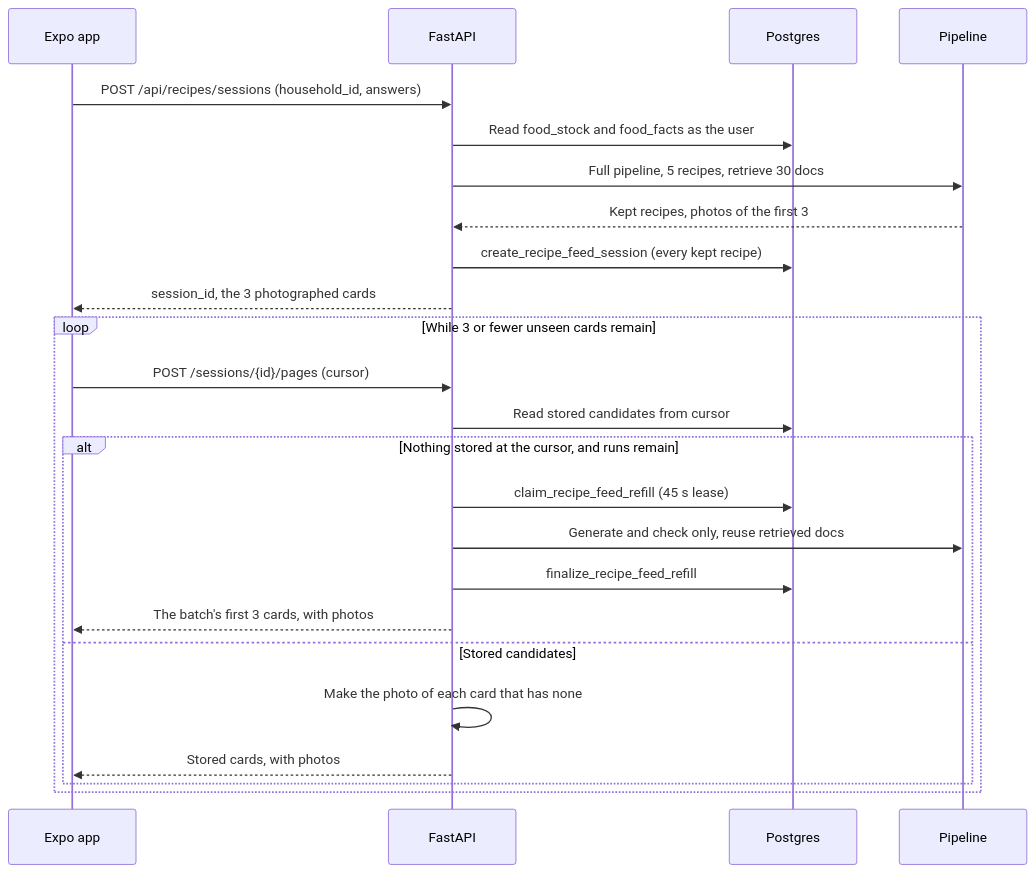
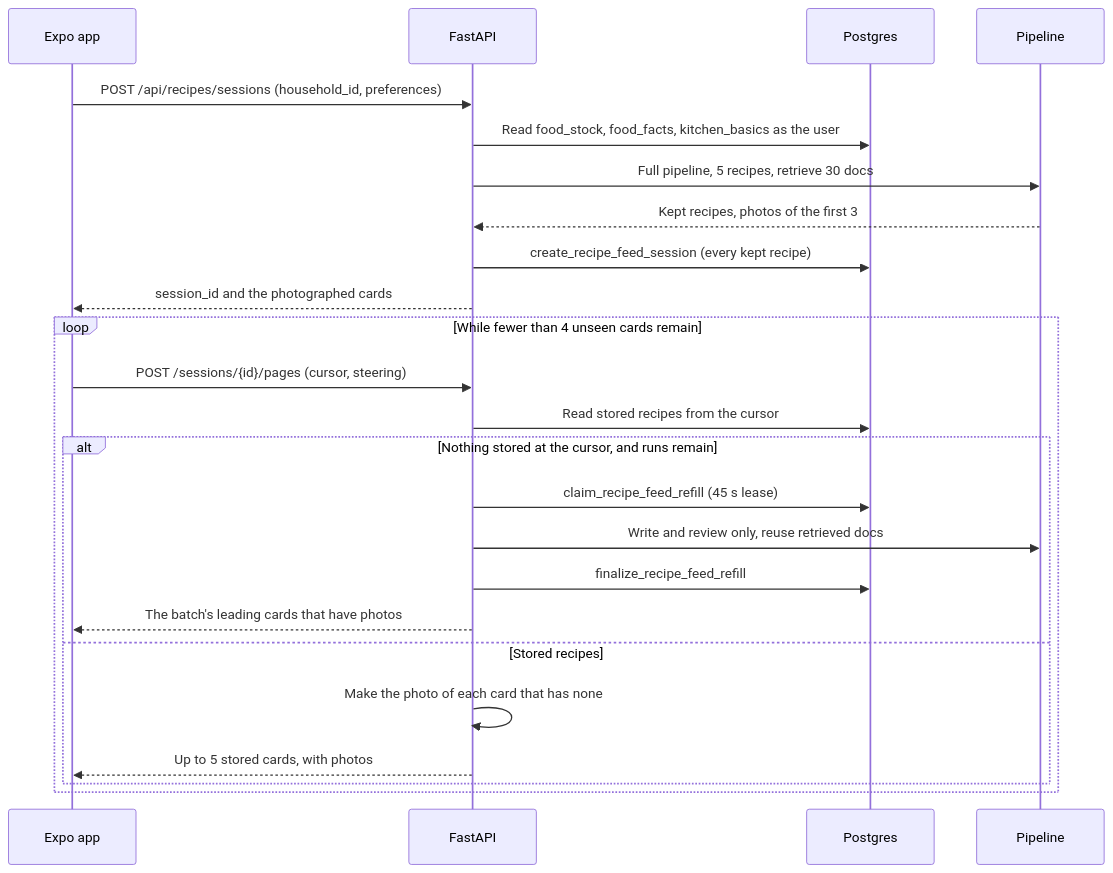
The fourth of 5 diagrams in docs/architecture.md (brandon-sanchez/FreshPlate), drawn with Mermaid before and after one commit. The commit also changed other lines of this file, not shown here.

First line of the commit message:
docs: describe the architecture as it runs on main (#276)

````diff
--- a/docs/architecture.md
+++ b/docs/architecture.md
@@ -134,28 +199,28 @@
 ```mermaid
 sequenceDiagram
 	participant App as Expo app
 	participant API as FastAPI
 	participant DB as Postgres
 	participant G as Pipeline
 
-	App->>API: POST /api/recipes/sessions (household_id, answers)
-	API->>DB: Read food_stock and food_facts as the user
+	App->>API: POST /api/recipes/sessions (household_id, preferences)
+	API->>DB: Read food_stock, food_facts, kitchen_basics as the user
 	API->>G: Full pipeline, 5 recipes, retrieve 30 docs
 	G-->>API: Kept recipes, photos of the first 3
 	API->>DB: create_recipe_feed_session (every kept recipe)
-	API-->>App: session_id, the 3 photographed cards
+	API-->>App: session_id and the photographed cards
 
-	loop While 3 or fewer unseen cards remain
-		App->>API: POST /sessions/{id}/pages (cursor)
-		API->>DB: Read stored candidates from cursor
+	loop While fewer than 4 unseen cards remain
+		App->>API: POST /sessions/{id}/pages (cursor, steering)
+		API->>DB: Read stored recipes from the cursor
 		alt Nothing stored at the cursor, and runs remain
 			API->>DB: claim_recipe_feed_refill (45 s lease)
-			API->>G: Generate and check only, reuse retrieved docs
+			API->>G: Write and review only, reuse retrieved docs
 			API->>DB: finalize_recipe_feed_refill
-			API-->>App: The batch's first 3 cards, with photos
-		else Stored candidates
+			API-->>App: The batch's leading cards that have photos
+		else Stored recipes
 			API->>API: Make the photo of each card that has none
-			API-->>App: Stored cards, with photos
+			API-->>App: Up to 5 stored cards, with photos
 		end
 	end
 ```
````
